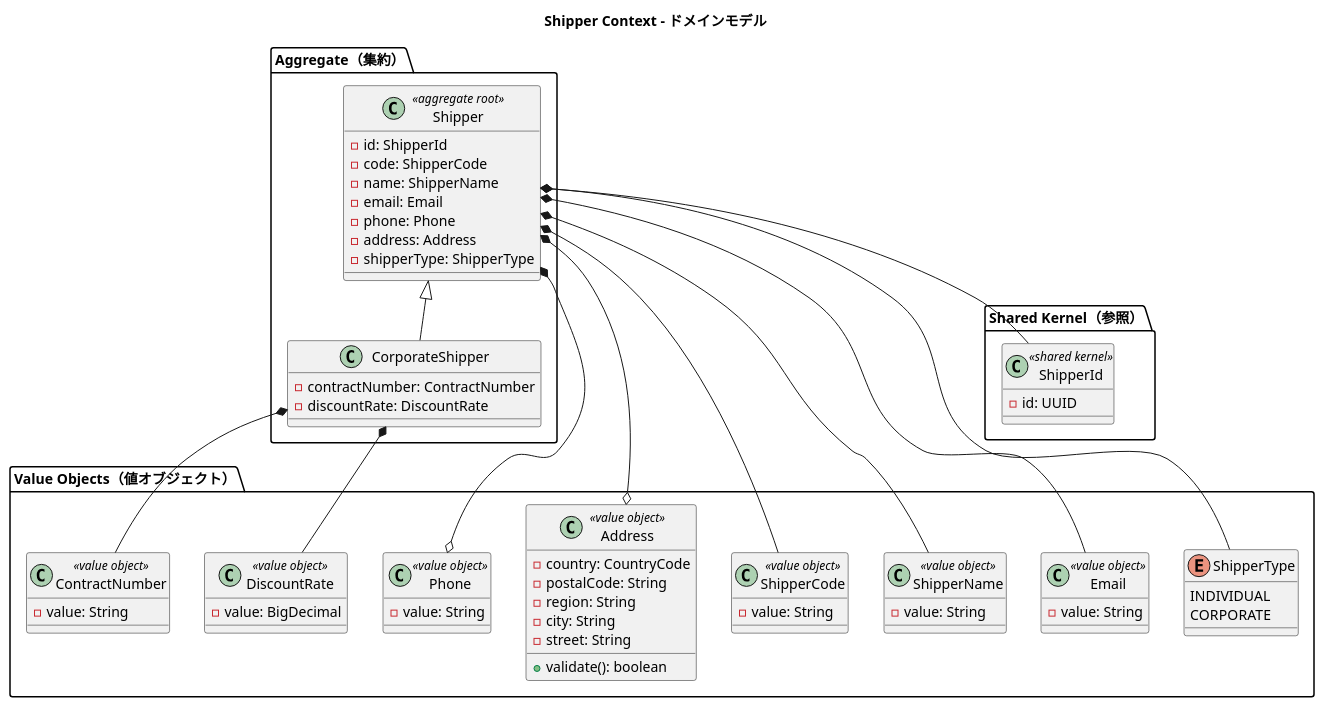
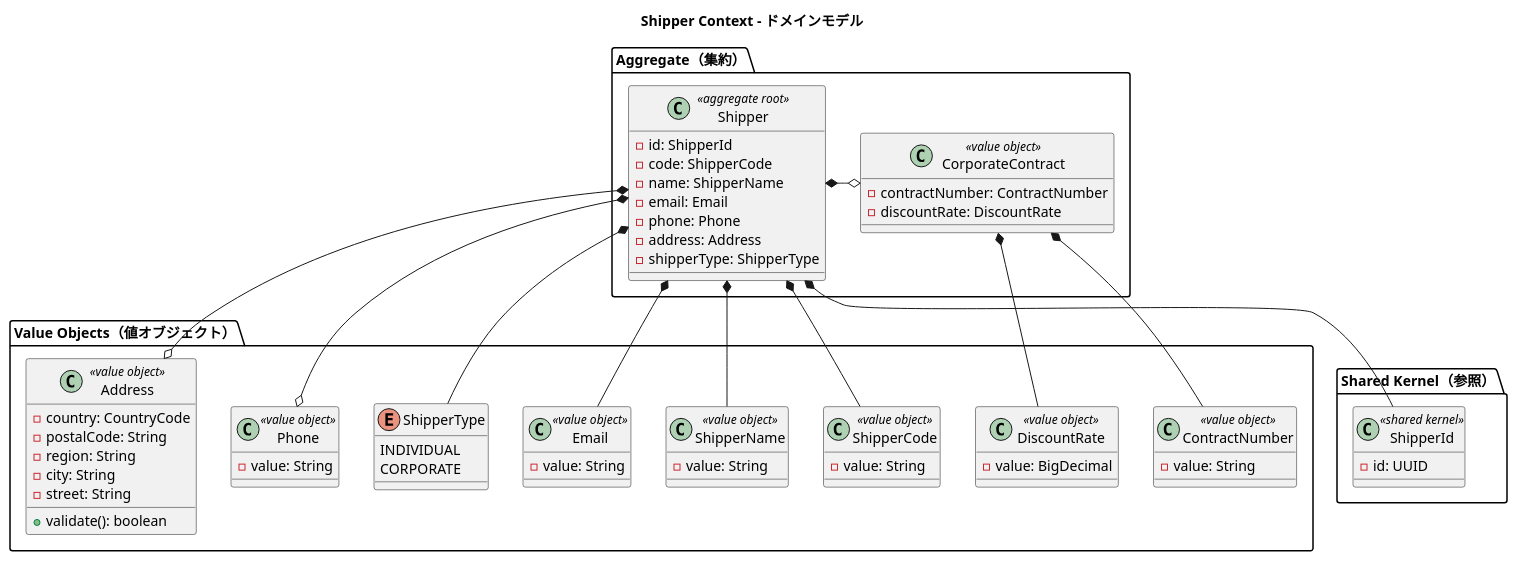
The fourth of 11 diagrams in docs/design/domain-model.md (k2works/case-study-cargo-tracker), drawn with PlantUML before and after one commit. The commit also changed other lines of this file and 8 other files, not shown here.

````diff
--- a/docs/design/domain-model.md
+++ b/docs/design/domain-model.md
@@ -434,72 +441,73 @@
 ```plantuml
 @startuml
 title Shipper Context - ドメインモデル
 
 package "Aggregate（集約）" {
   class Shipper <<aggregate root>> {
     -id: ShipperId
     -code: ShipperCode
     -name: ShipperName
     -email: Email
     -phone: Phone
     -address: Address
     -shipperType: ShipperType
   }
 
-  class CorporateShipper extends Shipper {
+  class CorporateContract <<value object>> {
     -contractNumber: ContractNumber
     -discountRate: DiscountRate
   }
 }
 
 package "Value Objects（値オブジェクト）" {
   class ShipperCode <<value object>> {
     -value: String
   }
   class ShipperName <<value object>> {
     -value: String
   }
   class Email <<value object>> {
     -value: String
   }
   class Phone <<value object>> {
     -value: String
   }
   class Address <<value object>> {
     -country: CountryCode
     -postalCode: String
     -region: String
     -city: String
     -street: String
     +validate(): boolean
   }
   class ContractNumber <<value object>> {
     -value: String
   }
   class DiscountRate <<value object>> {
     -value: BigDecimal
   }
   enum ShipperType {
     INDIVIDUAL
     CORPORATE
   }
 }
 
 package "Shared Kernel（参照）" {
   class ShipperId <<shared kernel>> {
     -id: UUID
   }
 }
 
 Shipper *-- ShipperId
 Shipper *-- ShipperCode
 Shipper *-- ShipperName
 Shipper *-- Email
 Shipper *-o Phone
 Shipper *-o Address
 Shipper *-- ShipperType
-CorporateShipper *-- ContractNumber
-CorporateShipper *-- DiscountRate
+Shipper *-o CorporateContract
+CorporateContract *-- ContractNumber
+CorporateContract *-- DiscountRate
 
 @enduml
 ```
````
